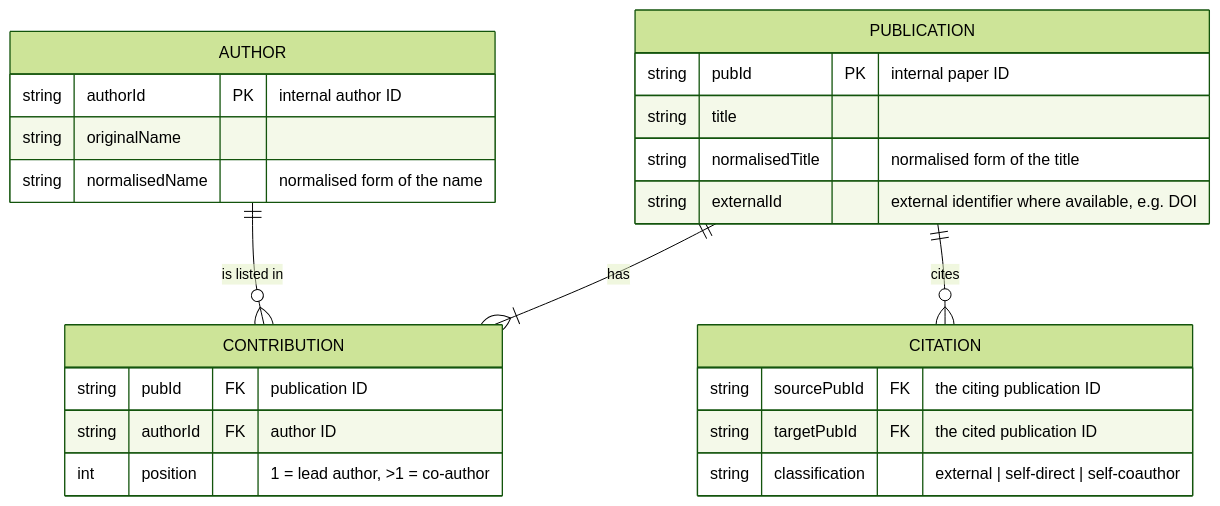
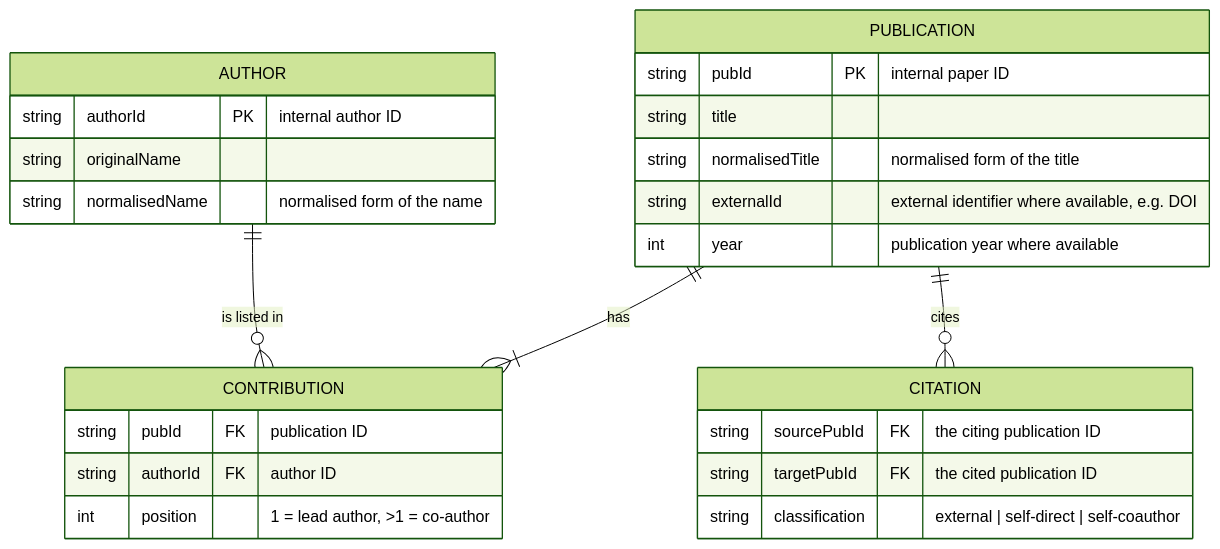
One commit to esaounkine/uop-thesis changed the fifth of 8 diagrams in docs/system-design.md. Above: the diagram before and after it, drawn with Mermaid (forest theme). The commit also changed other lines of this file and 9 other files, not shown here.

````diff
--- a/docs/system-design.md
+++ b/docs/system-design.md
@@ -255,35 +255,36 @@
 ```mermaid
 erDiagram
 
   PUBLICATION ||--|{ CONTRIBUTION : "has"
   
   AUTHOR ||--o{ CONTRIBUTION : "is listed in"
 
   PUBLICATION ||--o{ CITATION : "cites"
 
 
   PUBLICATION {
     string pubId PK "internal paper ID"
     string title
     string normalisedTitle "normalised form of the title"
     string externalId "external identifier where available, e.g. DOI"
+    int year "publication year where available"
   }
 
   AUTHOR {
     string authorId PK "internal author ID"
     string originalName
     string normalisedName "normalised form of the name"
   }
 
   CONTRIBUTION {
     string pubId FK "publication ID"
     string authorId FK "author ID"
     int position "1 = lead author, >1 = co-author"
   }
 
   CITATION {
     string sourcePubId FK "the citing publication ID"
     string targetPubId FK "the cited publication ID"
     string classification "external | self-direct | self-coauthor"
   }
 ```
````
